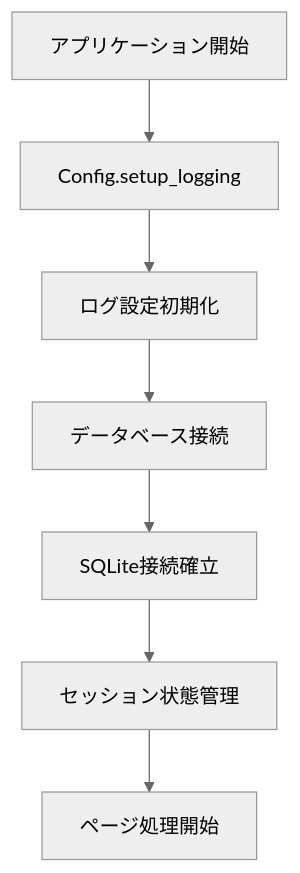
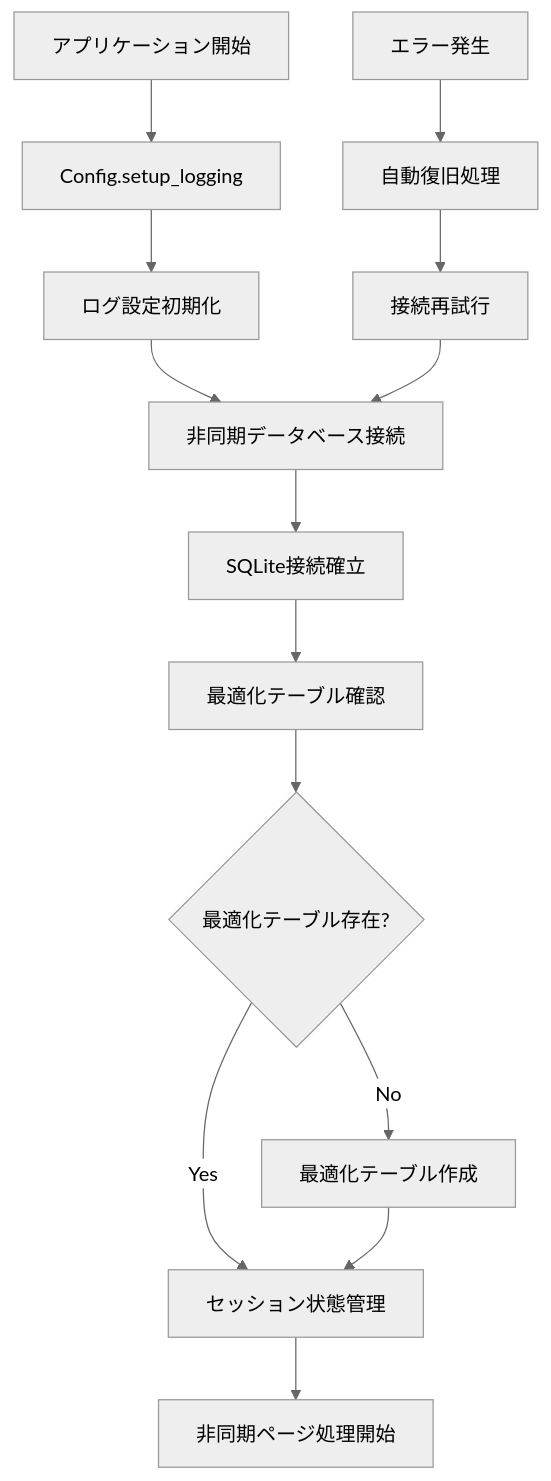
The second of 12 diagrams in docs/関数フロー図.md (takashi-oi/qc_ariken_tpkyo), drawn with Mermaid (neutral theme) before and after one commit. The commit also changed other lines of this file and 28 other files, not shown here.

````diff
--- a/docs/関数フロー図.md
+++ b/docs/関数フロー図.md
@@ -30,9 +34,17 @@
 ```mermaid
 graph TD
     A[アプリケーション開始] --> B[Config.setup_logging]
     B --> C[ログ設定初期化]
-    C --> D[データベース接続]
+    C --> D[非同期データベース接続]
     D --> E[SQLite接続確立]
-    E --> F[セッション状態管理]
-    F --> G[ページ処理開始]
+    E --> F[最適化テーブル確認]
+    F --> G{最適化テーブル存在?}
+    G -->|No| H[最適化テーブル作成]
+    G -->|Yes| I[セッション状態管理]
+    H --> I
+    I --> J[非同期ページ処理開始]
+
+    K[エラー発生] --> L[自動復旧処理]
+    L --> M[接続再試行]
+    M --> D
 ```
````
